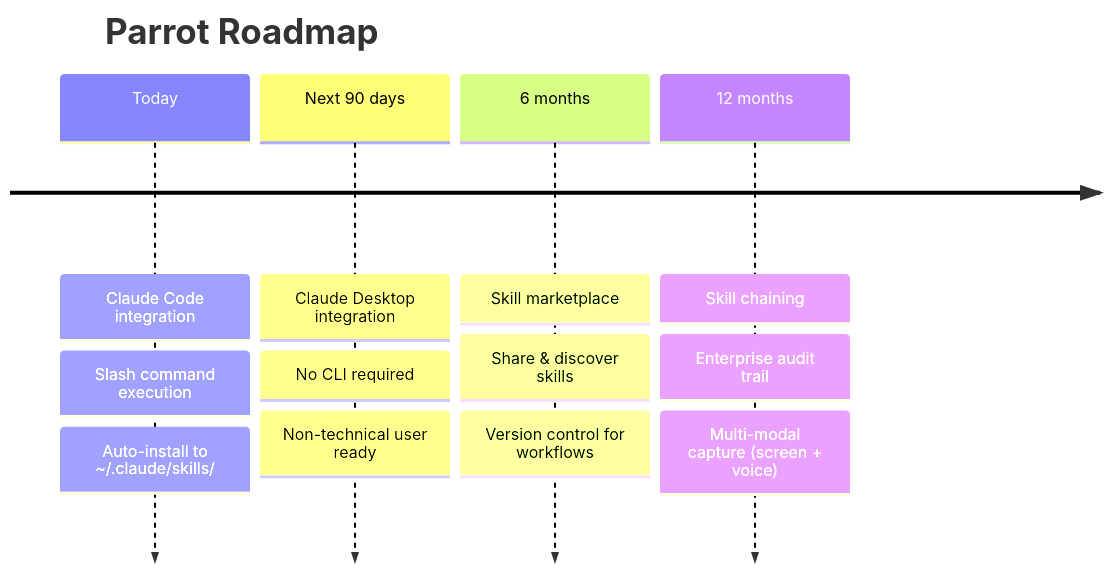
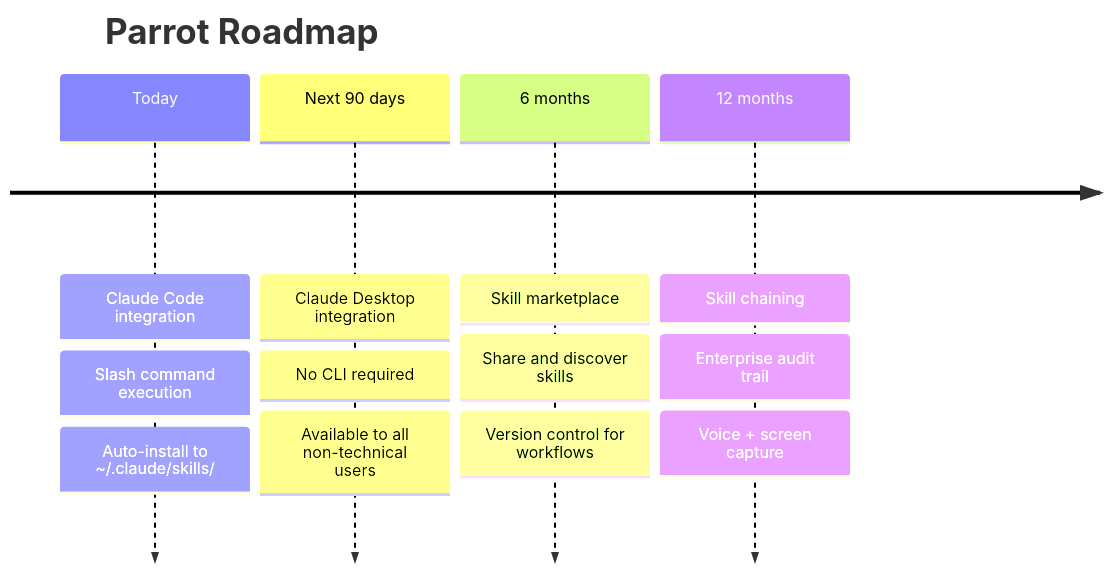
Before and after one commit to agustingonzalez2211-creator/Parrot: the fifth of 5 diagrams in README.md, drawn with Mermaid. The commit also changed other lines of this file, not shown here.

````diff
--- a/README.md
+++ b/README.md
@@ -285,16 +282,16 @@
 ```mermaid
 timeline
     title Parrot Roadmap
-    Today : Claude Code integration
-          : Slash command execution
-          : Auto-install to ~/.claude/skills/
-    Next 90 days : Claude Desktop integration
-                 : No CLI required
-                 : Non-technical user ready
-    6 months : Skill marketplace
-             : Share & discover skills
-             : Version control for workflows
-    12 months : Skill chaining
-              : Enterprise audit trail
-              : Multi-modal capture (screen + voice)
+    Today         : Claude Code integration
+                  : Slash command execution
+                  : Auto-install to ~/.claude/skills/
+    Next 90 days  : Claude Desktop integration
+                  : No CLI required
+                  : Available to all non-technical users
+    6 months      : Skill marketplace
+                  : Share and discover skills
+                  : Version control for workflows
+    12 months     : Skill chaining
+                  : Enterprise audit trail
+                  : Voice + screen capture
 ```
````
